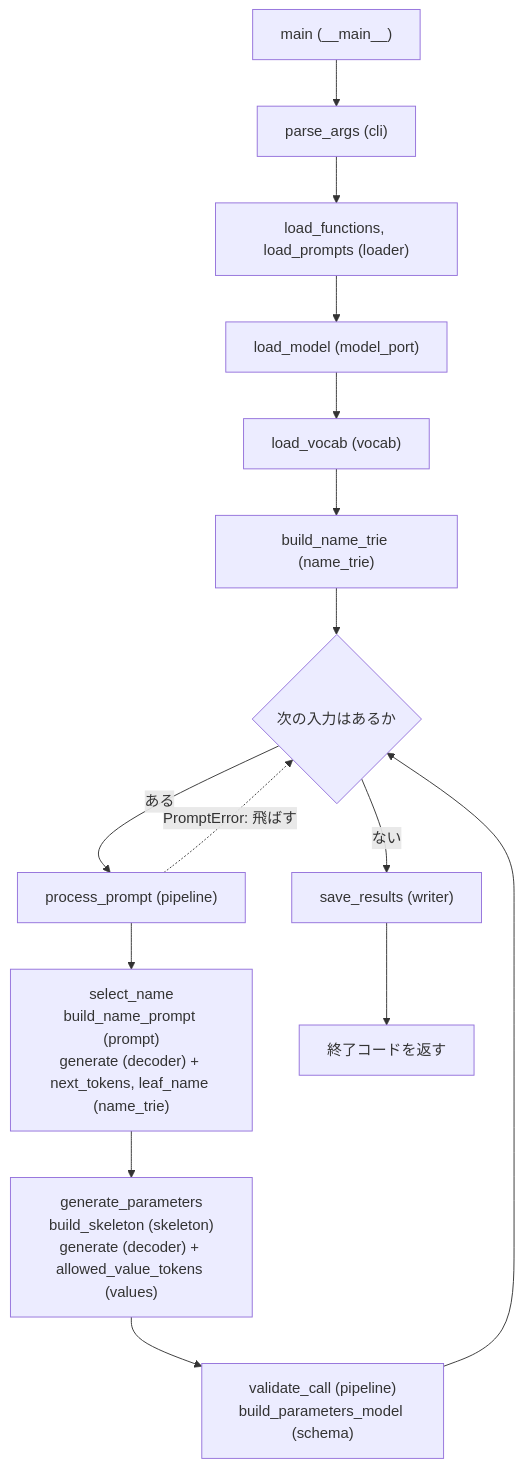
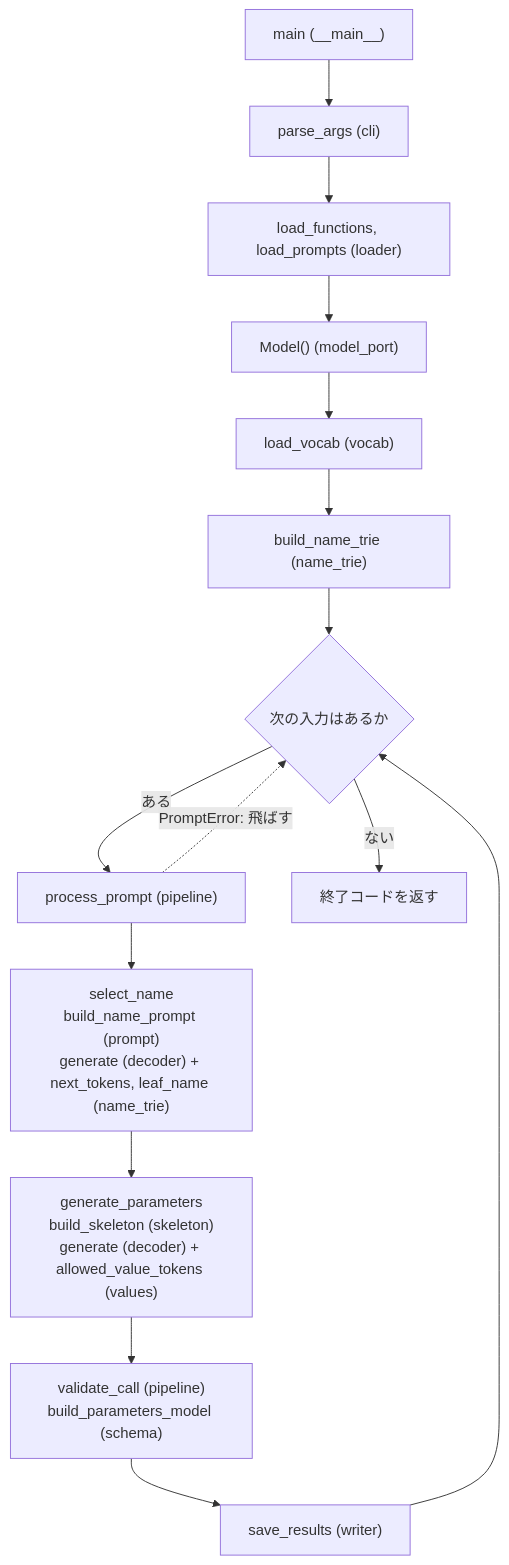
The diagram in docs/architecture.md (AMkuro/Call_Me_Maybe), drawn with Mermaid before and after one commit. The commit also changed other lines of this file and 15 other files, not shown here.

First line of the commit message:
docs, feat: decide name tree (case B), drop model port and file check, add Judgment notes

````diff
--- a/docs/architecture.md
+++ b/docs/architecture.md
@@ -96,17 +114,17 @@
 ```mermaid
 flowchart TD
   A["main (__main__)"] --> B["parse_args (cli)"]
   B --> C["load_functions, load_prompts (loader)"]
-  C --> D["load_model (model_port)"]
+  C --> D["Model() (model_port)"]
   D --> E["load_vocab (vocab)"]
   E --> F["build_name_trie (name_trie)"]
   F --> G{"次の入力はあるか"}
   G -->|ある| H["process_prompt (pipeline)"]
   H --> I["select_name<br/>build_name_prompt (prompt)<br/>generate (decoder) + next_tokens, leaf_name (name_trie)"]
   I --> J["generate_parameters<br/>build_skeleton (skeleton)<br/>generate (decoder) + allowed_value_tokens (values)"]
   J --> K["validate_call (pipeline)<br/>build_parameters_model (schema)"]
-  K --> G
+  K --> L["save_results (writer)"]
+  L --> G
   H -.->|PromptError: 飛ばす| G
-  G -->|ない| L["save_results (writer)"]
-  L --> M["終了コードを返す"]
+  G -->|ない| M["終了コードを返す"]
 ```
````
